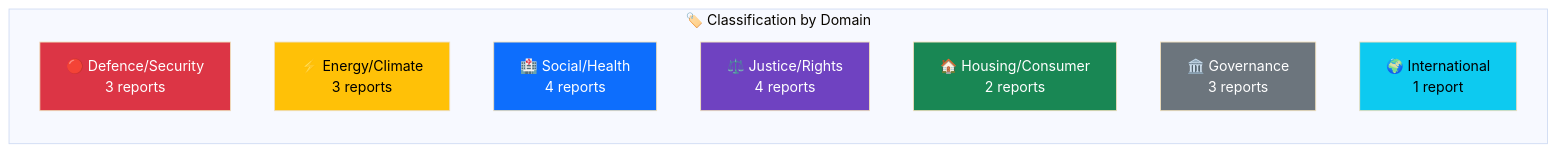
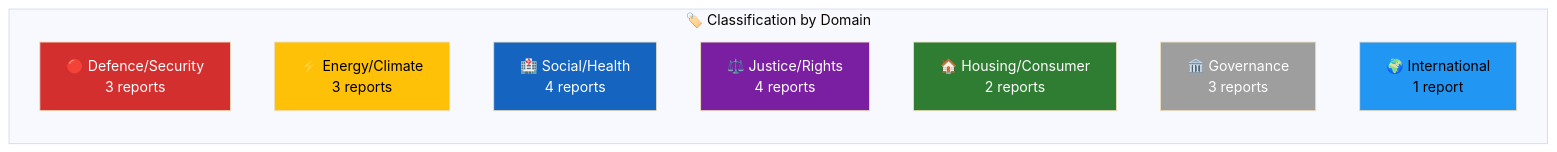
Before and after one commit to Hack23/riksdagsmonitor: the diagram in analysis/daily/2026-04-09/committeeReports/classification-results.md, drawn with Mermaid (base theme). The commit also changed 785 other files, not shown here.

First line of the commit message:
Normalize mermaid colors across 786 analysis artifacts to ISMS Style Guide palette

````diff
--- a/analysis/daily/2026-04-09/committeeReports/classification-results.md
+++ b/analysis/daily/2026-04-09/committeeReports/classification-results.md
@@ -10,20 +10,20 @@
 ```mermaid
 graph LR
     subgraph "🏷️ Classification by Domain"
         DEF["🔴 Defence/Security<br/>3 reports"]
         ENE["⚡ Energy/Climate<br/>3 reports"]
         SOC["🏥 Social/Health<br/>4 reports"]
         JUS["⚖️ Justice/Rights<br/>4 reports"]
         HOU["🏠 Housing/Consumer<br/>2 reports"]
         GOV["🏛️ Governance<br/>3 reports"]
         INT["🌍 International<br/>1 report"]
     end
     
-    style DEF fill:#dc3545,color:#fff
-    style ENE fill:#ffc107,color:#000
-    style SOC fill:#0d6efd,color:#fff
-    style JUS fill:#6f42c1,color:#fff
-    style HOU fill:#198754,color:#fff
-    style GOV fill:#6c757d,color:#fff
-    style INT fill:#0dcaf0,color:#000
+    style DEF fill:#D32F2F,color:#FFFFFF
+    style ENE fill:#FFC107,color:#000000
+    style SOC fill:#1565C0,color:#FFFFFF
+    style JUS fill:#7B1FA2,color:#FFFFFF
+    style HOU fill:#2E7D32,color:#FFFFFF
+    style GOV fill:#9E9E9E,color:#FFFFFF
+    style INT fill:#2196F3,color:#000000
 ```
````
